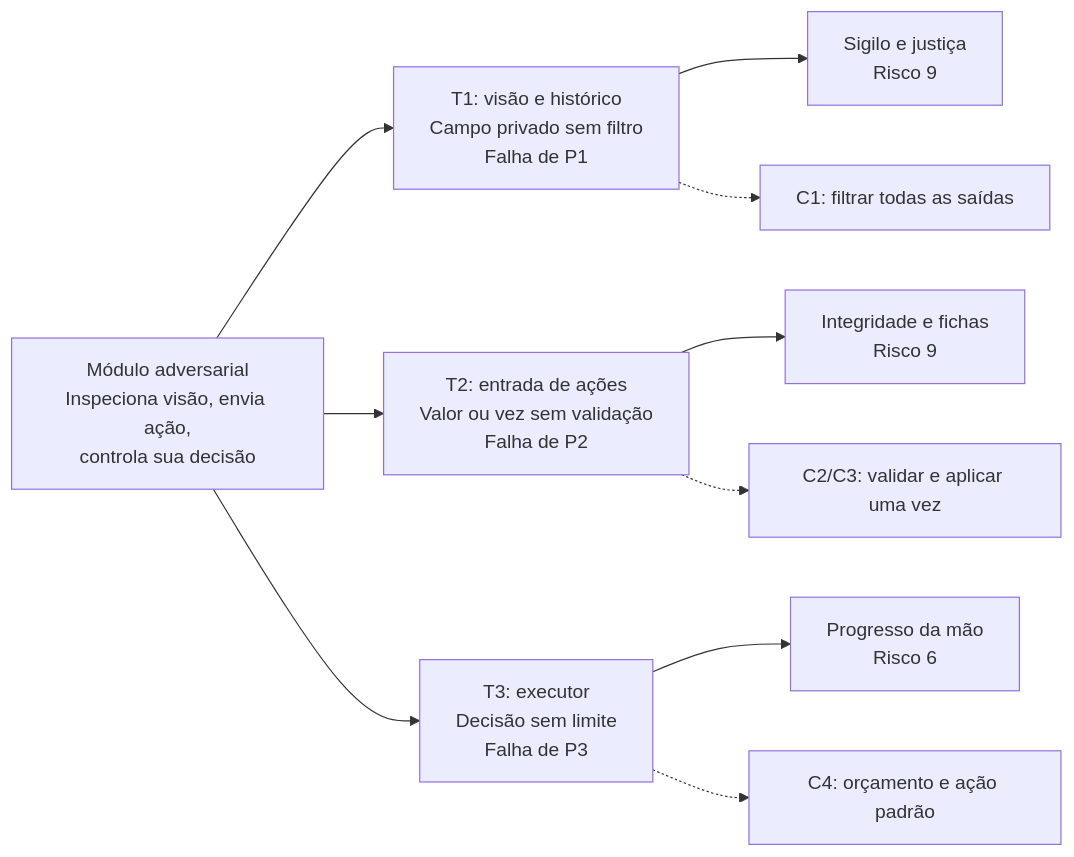
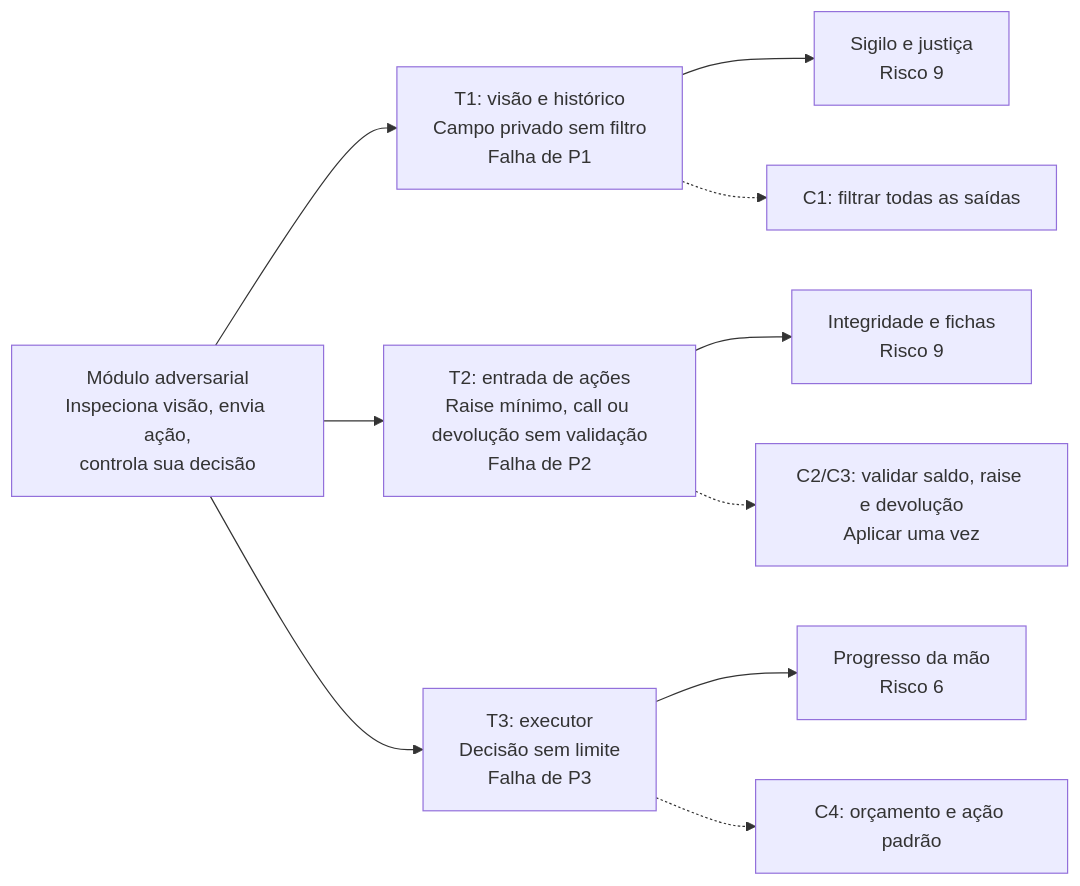
Before and after one commit to rafaelbtorres/Trabalho-1-Analise-de-Sistema-Adversarial: the diagram in diagramas/superficie-de-ataque.mmd, drawn with Mermaid. The commit also changed 16 other files, not shown here.

```diff
--- a/diagramas/superficie-de-ataque.mmd
+++ b/diagramas/superficie-de-ataque.mmd
@@ -1,10 +1,10 @@
 flowchart LR
     A["Módulo adversarial<br/>Inspeciona visão, envia ação,<br/>controla sua decisão"] --> V["T1: visão e histórico<br/>Campo privado sem filtro<br/>Falha de P1"]
-    A --> I["T2: entrada de ações<br/>Valor ou vez sem validação<br/>Falha de P2"]
+    A --> I["T2: entrada de ações<br/>Raise mínimo, call ou devolução sem validação<br/>Falha de P2"]
     A --> E["T3: executor<br/>Decisão sem limite<br/>Falha de P3"]
     V --> S["Sigilo e justiça<br/>Risco 9"]
     I --> F["Integridade e fichas<br/>Risco 9"]
     E --> P["Progresso da mão<br/>Risco 6"]
     V -.-> C1["C1: filtrar todas as saídas"]
-    I -.-> C2["C2/C3: validar e aplicar uma vez"]
+    I -.-> C2["C2/C3: validar saldo, raise e devolução<br/>Aplicar uma vez"]
     E -.-> C4["C4: orçamento e ação padrão"]
```
